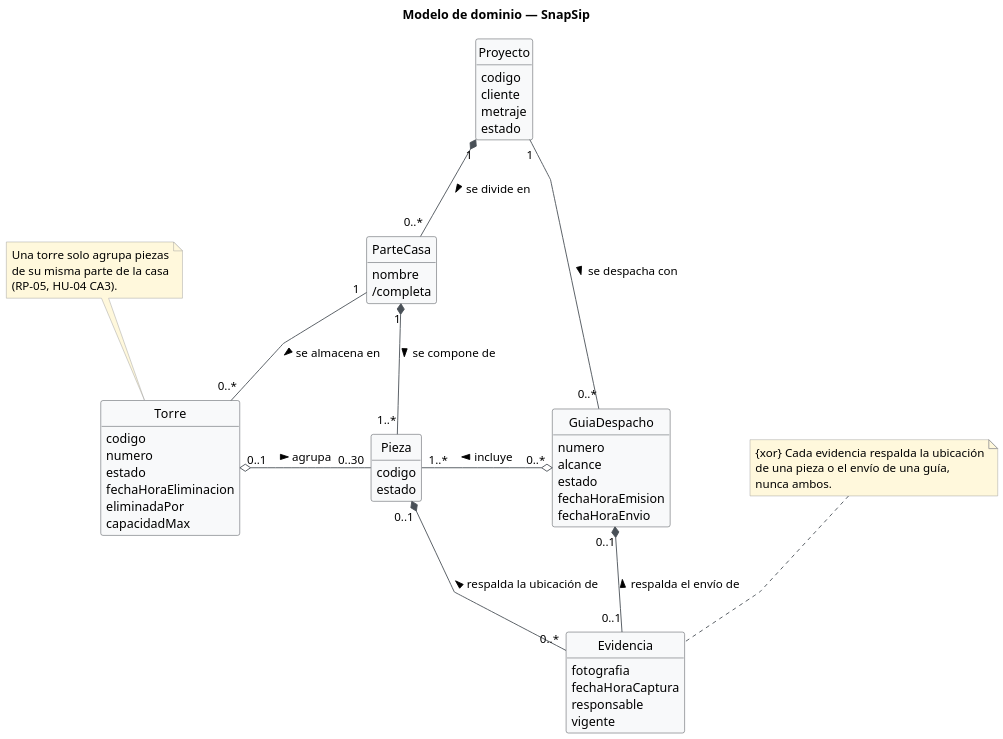
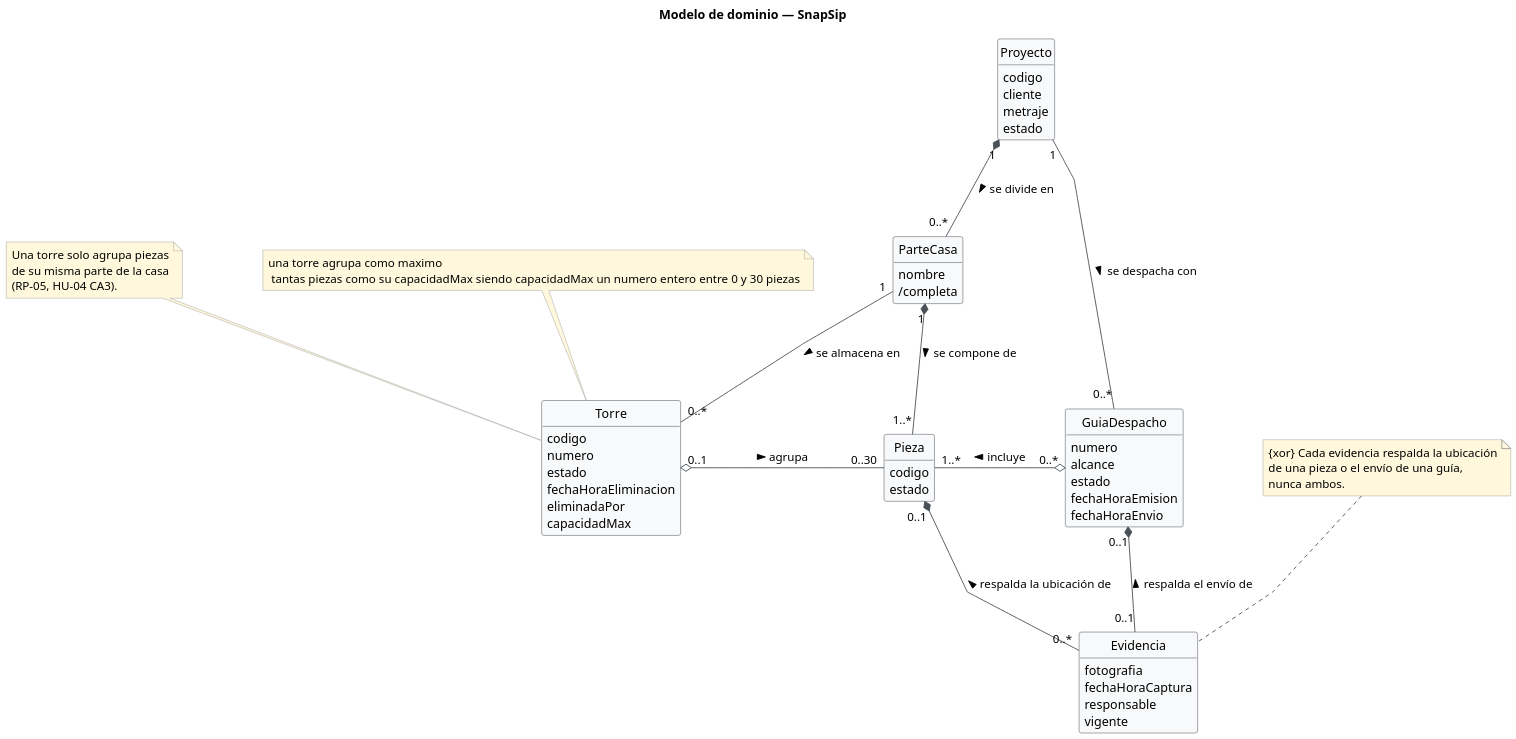
Before and after one commit to Foyzen-Kaze/snapsip: the diagram in diagramas/modelo-de-dominio.puml, drawn with PlantUML.

```diff
--- a/diagramas/modelo-de-dominio.puml
+++ b/diagramas/modelo-de-dominio.puml
@@ -1,86 +1,89 @@
 @startuml modelo-dominio
 hide methods
 hide circle
 hide empty members
 skinparam classAttributeIconSize 0
 skinparam dpi 150
 skinparam linetype polyline
 skinparam nodesep 90
 skinparam ranksep 90
 skinparam shadowing false
 
 skinparam class {
     BackgroundColor #F8F9FA
     BorderColor #343A40
     ArrowColor #495057
 }
 skinparam note {
     BackgroundColor #FFF8DC
     BorderColor #999999
 }
 
 title Modelo de dominio — SnapSip
 
 class Proyecto {
   codigo
   cliente
   metraje
   estado
 }
 
 class ParteCasa {
   nombre
   /completa
 }
 
 class Pieza {
   codigo
   estado
 }
 
 class Torre {
   codigo
   numero
   estado
   fechaHoraEliminacion
   eliminadaPor
   capacidadMax
 }
 
 class GuiaDespacho {
   numero
   alcance
   estado
   fechaHoraEmision
   fechaHoraEnvio
 }
 
 class Evidencia {
   fotografia
   fechaHoraCaptura
   responsable
   vigente
 }
 
 ' Composición: ciclo de vida dependiente
 Proyecto "1" *-down- "0..*" ParteCasa : se divide en >
 ParteCasa "1" *-down- "1..*" Pieza : se compone de >
 Pieza "0..1" *-down- "0..*" Evidencia : respalda la ubicación de <
 GuiaDespacho "0..1" *-down- "0..1" Evidencia : respalda el envío de <
 
 ' Agregación: agrupación física o documental temporal
 Torre "0..1" o-right- "0..30" Pieza : agrupa >
 GuiaDespacho "0..*" o-left- "1..*" Pieza : incluye >
 
 ' Asociaciones simples
 ParteCasa "1" -down- "0..*" Torre : se almacena en >
 Proyecto "1" -right- "0..*" GuiaDespacho : se despacha con >
 
 ' Restricciones que la multiplicidad no expresa
 note "Una torre solo agrupa piezas\nde su misma parte de la casa\n(RP-05, HU-04 CA3)." as N1
 N1 .. Torre
 
 note "{xor} Cada evidencia respalda la ubicación\nde una pieza o el envío de una guía,\nnunca ambos." as N2
 N2 .. Evidencia
 
+note "una torre agrupa como maximo \n tantas piezas como su capacidadMax siendo capacidadMax un numero entero entre 0 y 30 piezas" as N3
+N3 .. Torre
+
 @enduml
```
